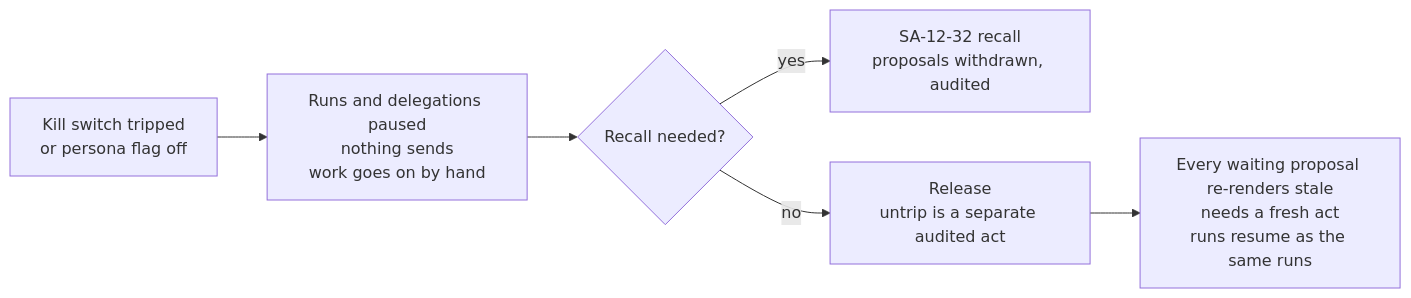
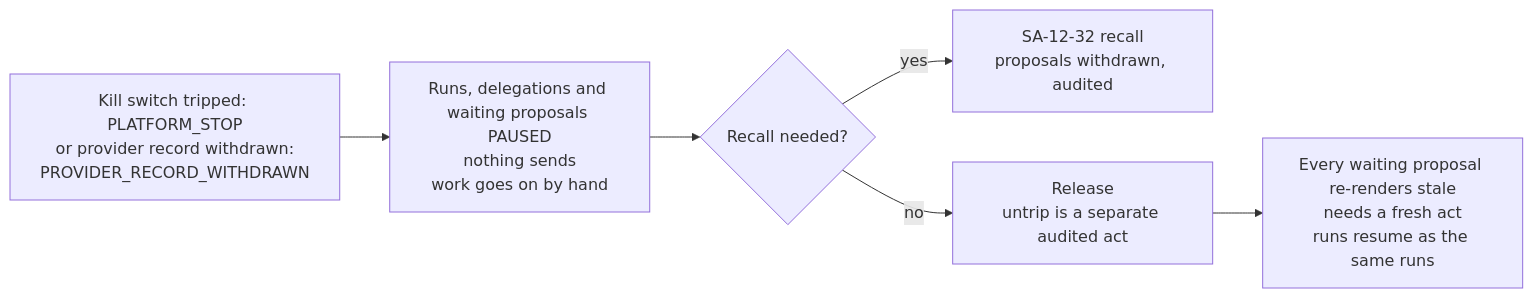
Before and after one commit to ranjan-expatready/xpatready: the fourth of 4 diagrams in ai-workers/requirements/AW-02-platform-ai-assistants_v0.1.md, drawn with Mermaid. The commit also changed other lines of this file and 4 other files, not shown here.

````diff
--- a/ai-workers/requirements/AW-02-platform-ai-assistants_v0.1.md
+++ b/ai-workers/requirements/AW-02-platform-ai-assistants_v0.1.md
@@ -132,8 +137,8 @@
 ```mermaid
 flowchart LR
-    K[Kill switch tripped<br/>or persona flag off] --> PA[Runs and delegations paused<br/>nothing sends<br/>work goes on by hand]
+    K[Kill switch tripped: PLATFORM_STOP<br/>or provider record withdrawn:<br/>PROVIDER_RECORD_WITHDRAWN] --> PA[Runs, delegations and waiting proposals PAUSED<br/>nothing sends<br/>work goes on by hand]
     PA --> RC{Recall needed?}
     RC -->|yes| W[SA-12-32 recall<br/>proposals withdrawn, audited]
     RC -->|no| RL[Release<br/>untrip is a separate audited act]
     RL --> ST[Every waiting proposal re-renders stale<br/>needs a fresh act<br/>runs resume as the same runs]
 ```
````
